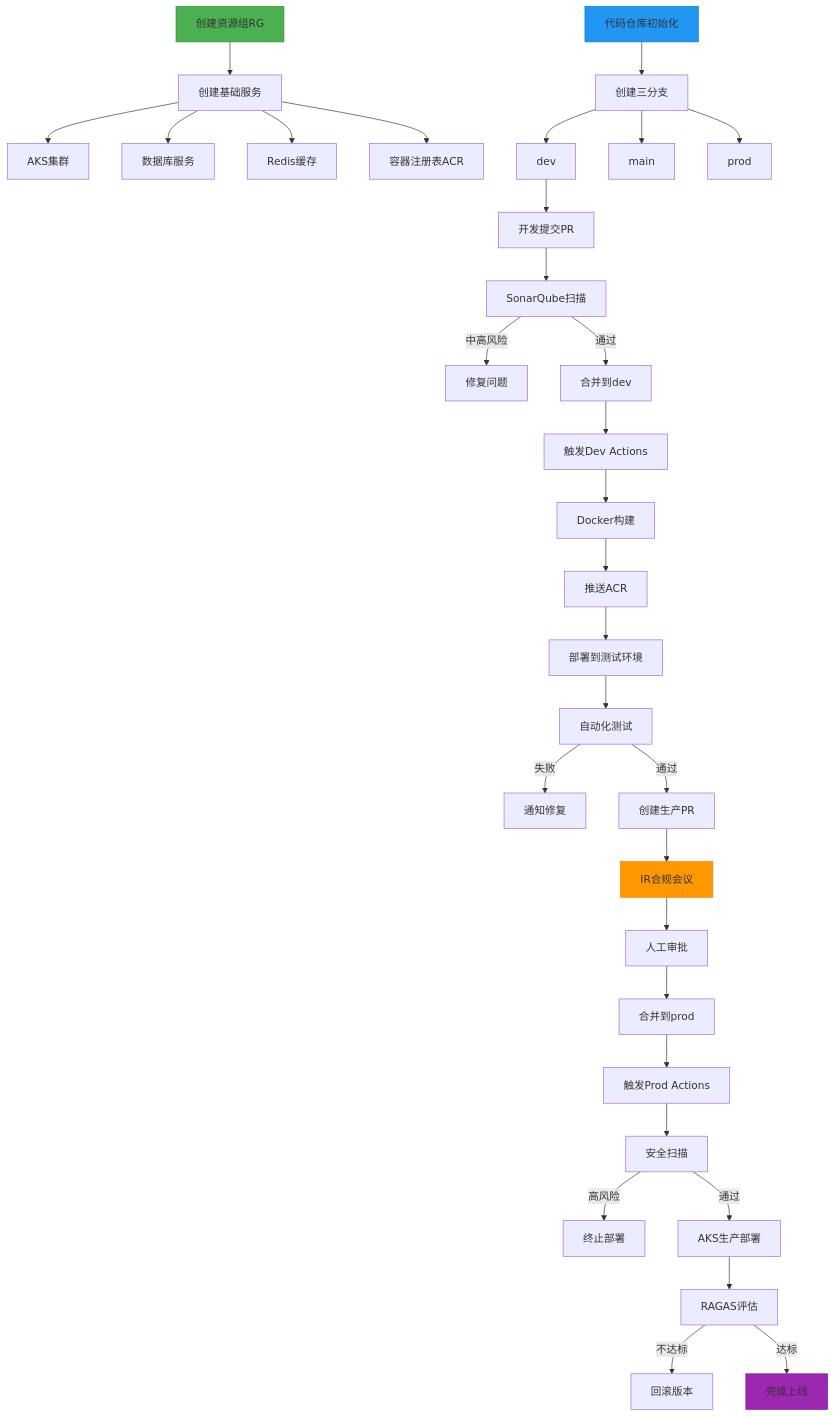
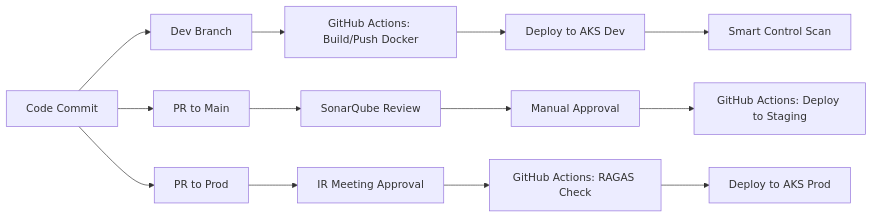
Before and after one commit to funnyData/iodraw-files: the diagram in all/未命名-1.md, drawn with Mermaid.

Commit message:
2025-02-26 22:52:23 update

````diff
--- a/all/未命名-1.md
+++ b/all/未命名-1.md
@@ -1,45 +1,17 @@
 ```mermaid
-graph TD
-    A[创建资源组RG] --> B[创建基础服务]
-    B --> C[AKS集群]
-    B --> D[数据库服务]
-    B --> E[Redis缓存]
-    B --> F[容器注册表ACR]
-    
-    G[代码仓库初始化] --> H[创建三分支]
-    H --> I[dev]
-    H --> J[main]
-    H --> K[prod]
-    
-    I --> L[开发提交PR]
-    L --> M[SonarQube扫描]
-    M -->|中高风险| N[修复问题]
-    M -->|通过| O[合并到dev]
-    
-    O --> P[触发Dev Actions]
-    P --> Q[Docker构建]
-    Q --> R[推送ACR]
-    R --> S[部署到测试环境]
-    
-    S --> T[自动化测试]
-    T -->|失败| U[通知修复]
-    T -->|通过| V[创建生产PR]
-    
-    V --> W[IR合规会议]
-    W --> X[人工审批]
-    X --> Y[合并到prod]
-    
-    Y --> Z[触发Prod Actions]
-    Z --> AA[安全扫描]
-    AA -->|高风险| AB[终止部署]
-    AA -->|通过| AC[AKS生产部署]
-    
-    AC --> AD[RAGAS评估]
-    AD -->|不达标| AE[回滚版本]
-    AD -->|达标| AF[完成上线]
-    
-    style A fill:#4CAF50,stroke:#388E3C
-    style G fill:#2196F3,stroke:#1976D2
-    style W fill:#FF9800,stroke:#F57C00
-    style AF fill:#9C27B0,stroke:#7B1FA2
+flowchart LR  
+    A[Code Commit] --> B[Dev Branch]  
+    B --> C1[GitHub Actions: Build/Push Docker]  
+    C1 --> D1[Deploy to AKS Dev]  
+    D1 --> E[Smart Control Scan]  
+
+    A --> F[PR to Main]  
+    F --> G[SonarQube Review]  
+    G --> H[Manual Approval]  
+    H --> C2[GitHub Actions: Deploy to Staging]  
+
+    A --> I[PR to Prod]  
+    I --> J[IR Meeting Approval]  
+    J --> C3[GitHub Actions: RAGAS Check]  
+    C3 --> K[Deploy to AKS Prod]  
 ```
````
